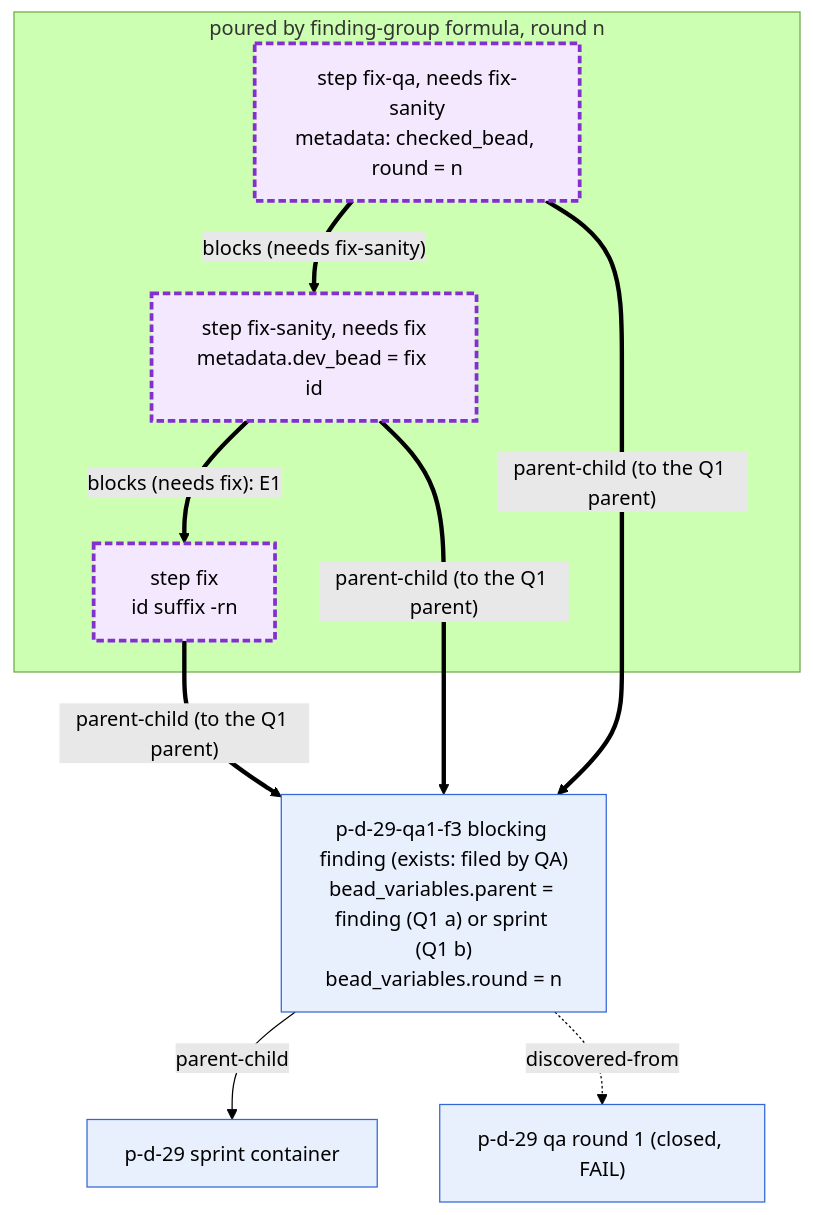
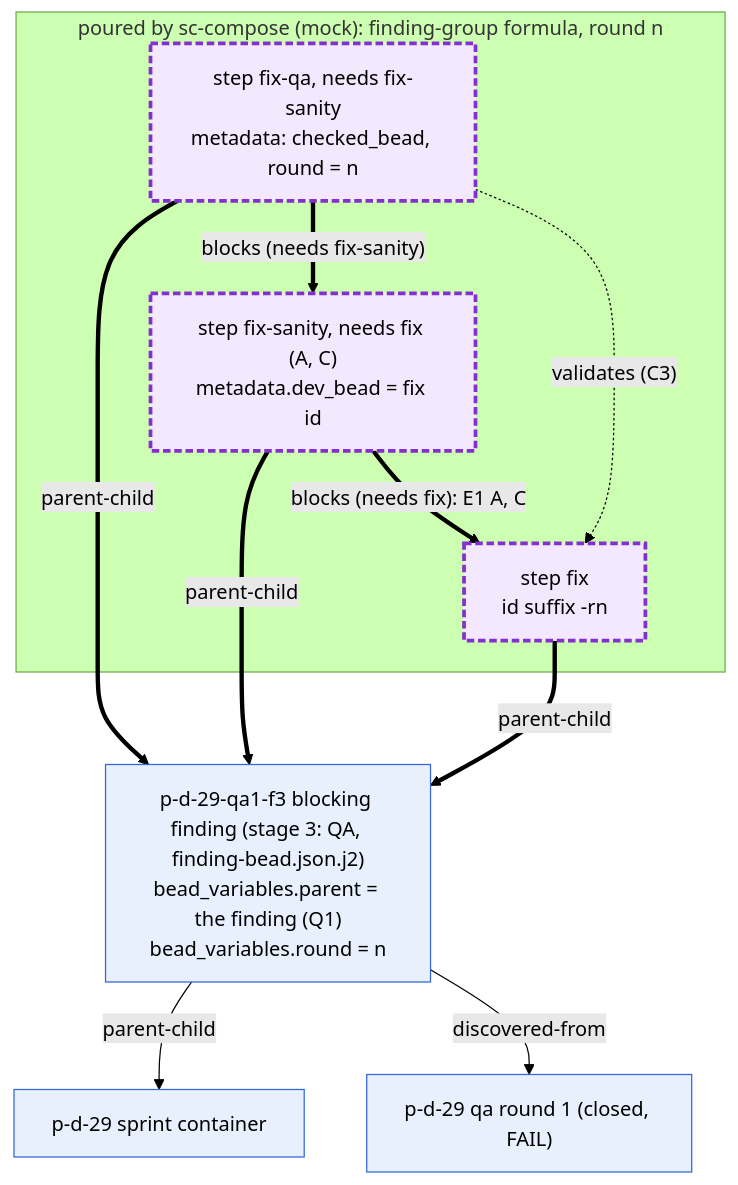
One commit to randlee/atm-bd-orchestration changed the third of 4 diagrams in docs/diagrams/07-sc-compose-formula.md. Above: the diagram before and after it, drawn with Mermaid (forest theme). The commit also changed other lines of this file and 5 other files, not shown here.

First line of the commit message:
docs: apply Rand's rulings to the bead diagrams

````diff
--- a/docs/diagrams/07-sc-compose-formula.md
+++ b/docs/diagrams/07-sc-compose-formula.md
@@ -121,22 +145,23 @@
 ```mermaid
 flowchart TB
   classDef tmpl fill:#e8f0fe,stroke:#3367d6,color:#000
   classDef poured fill:#f3e8fd,stroke:#8430ce,stroke-width:3px,stroke-dasharray:6 3,color:#000
 
   SPR["p-d-29 sprint container"]:::tmpl
   QA1["p-d-29 qa round 1 (closed, FAIL)"]:::tmpl
-  F["p-d-29-qa1-f3 blocking finding (exists: filed by QA)<br/>bead_variables.parent = finding (Q1 a) or sprint (Q1 b)<br/>bead_variables.round = n"]:::tmpl
-  subgraph POUR["poured by finding-group formula, round n"]
+  F["p-d-29-qa1-f3 blocking finding (stage 3: QA, finding-bead.json.j2)<br/>bead_variables.parent = the finding (Q1)<br/>bead_variables.round = n"]:::tmpl
+  subgraph POUR["poured by sc-compose (mock): finding-group formula, round n"]
     FX["step fix<br/>id suffix -rn"]:::poured
-    FS["step fix-sanity, needs fix<br/>metadata.dev_bead = fix id"]:::poured
+    FS["step fix-sanity, needs fix (A, C)<br/>metadata.dev_bead = fix id"]:::poured
     FQ["step fix-qa, needs fix-sanity<br/>metadata: checked_bead, round = n"]:::poured
   end
 
   F -->|parent-child| SPR
-  F -.->|discovered-from| QA1
-  FX ==>|"parent-child (to the Q1 parent)"| F
-  FS ==>|"parent-child (to the Q1 parent)"| F
-  FQ ==>|"parent-child (to the Q1 parent)"| F
-  FS ==>|"blocks (needs fix): E1"| FX
+  F -->|discovered-from| QA1
+  FX ==>|parent-child| F
+  FS ==>|parent-child| F
+  FQ ==>|parent-child| F
+  FS ==>|"blocks (needs fix): E1 A, C"| FX
   FQ ==>|"blocks (needs fix-sanity)"| FS
+  FQ -.->|"validates (C3)"| FX
 ```
````
